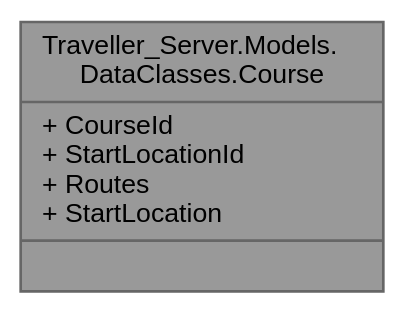
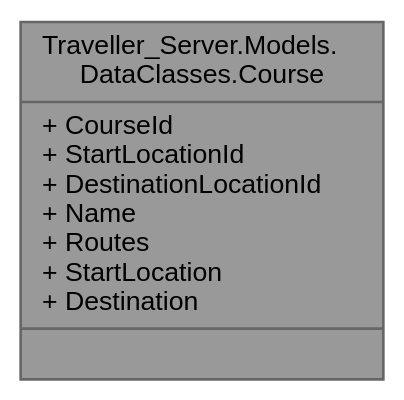
One commit to VenelinArgirov/manual-tecnico.github.io changed the diagram in Servidor/class_traveller___server_1_1_models_1_1_data_classes_1_1_course__coll__graph.dot. Above: the diagram before and after it, drawn with Graphviz. The commit also changed 998 other files, not shown here.

```diff
--- a/Servidor/class_traveller___server_1_1_models_1_1_data_classes_1_1_course__coll__graph.dot
+++ b/Servidor/class_traveller___server_1_1_models_1_1_data_classes_1_1_course__coll__graph.dot
@@ -1,8 +1,8 @@
 digraph "Traveller_Server.Models.DataClasses.Course"
 {
  // LATEX_PDF_SIZE
   bgcolor="transparent";
   edge [fontname=Helvetica,fontsize=10,labelfontname=Helvetica,labelfontsize=10];
   node [fontname=Helvetica,fontsize=10,shape=box,height=0.2,width=0.4];
-  Node1 [shape=record,label="{Traveller_Server.Models.\lDataClasses.Course\n|+ CourseId\l+ StartLocationId\l+ Routes\l+ StartLocation\l|}",height=0.2,width=0.4,color="gray40", fillcolor="grey60", style="filled", fontcolor="black",tooltip="Data class of a course. Represents the course which a user will take to reach it's destination from i..."];
+  Node1 [shape=record,label="{Traveller_Server.Models.\lDataClasses.Course\n|+ CourseId\l+ StartLocationId\l+ DestinationLocationId\l+ Name\l+ Routes\l+ StartLocation\l+ Destination\l|}",height=0.2,width=0.4,color="gray40", fillcolor="grey60", style="filled", fontcolor="black",tooltip="Data class of a course. Represents the course which a user will take to reach it's destination from i..."];
 }
```
